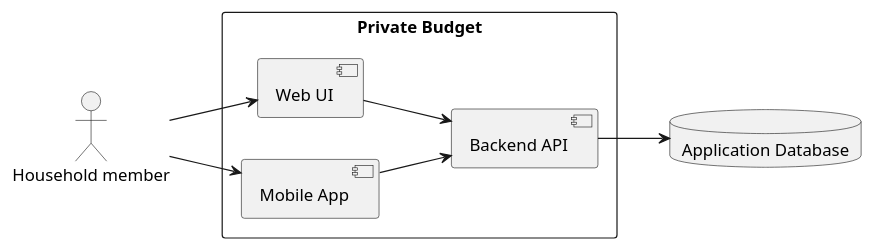
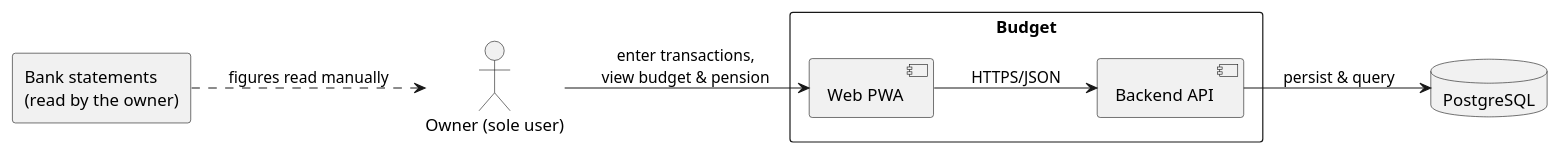
One commit to dieterbaier/budget changed the diagram in src/docs/arc42/doc-03000-system-scope-and-context.adoc. Above: the diagram before and after it, drawn with PlantUML. The commit also changed other lines of this file and 39 other files, not shown here.

```diff
--- a/src/docs/arc42/doc-03000-system-scope-and-context.adoc
+++ b/src/docs/arc42/doc-03000-system-scope-and-context.adoc
@@ -23,18 +26,17 @@
-[plantuml,private-budget-context,png]
+[plantuml,budget-context,png]
 ----
 @startuml
 left to right direction
-actor "Household member" as User
-rectangle "Private Budget" {
-  component "Web UI" as Web
-  component "Mobile App" as App
+actor "Owner (sole user)" as User
+rectangle "Bank statements\n(read by the owner)" as Bank
+rectangle "Budget" {
+  component "Web PWA" as Web
   component "Backend API" as Api
 }
-database "Application Database" as Db
-User --> Web
-User --> App
-Web --> Api
-App --> Api
-Api --> Db
+database "PostgreSQL" as Db
+Bank ..> User : figures read manually
+User --> Web : enter transactions,\nview budget & pension
+Web --> Api : HTTPS/JSON
+Api --> Db : persist & query
 @enduml
 ----
```
